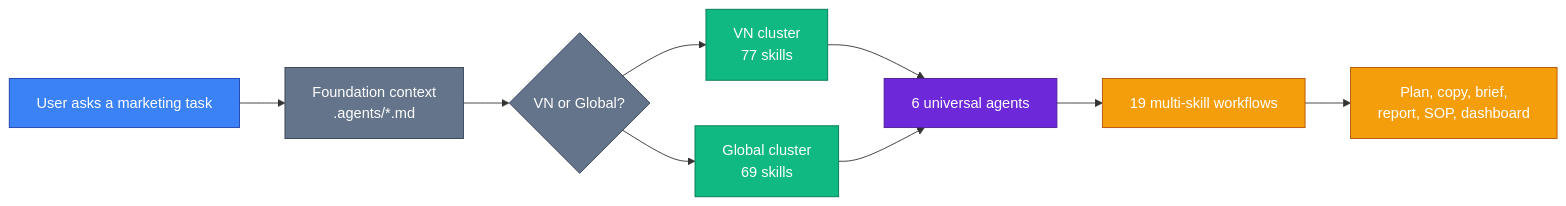
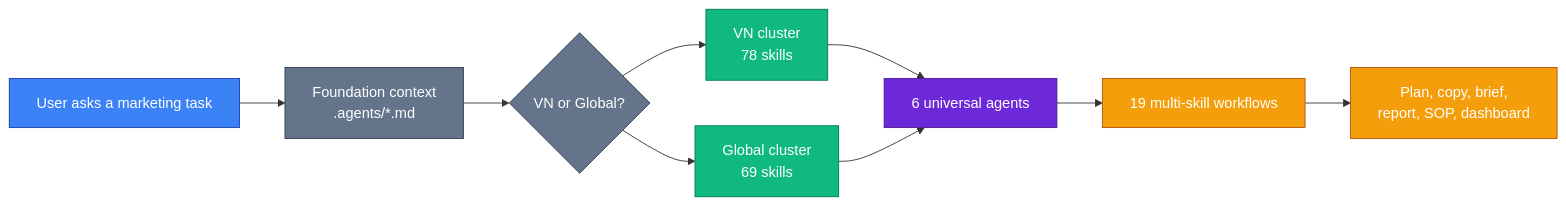
The first of 2 diagrams in README.md (minhnv0807/ai-business-skills), drawn with Mermaid before and after one commit. The commit also changed other lines of this file and 9 other files, not shown here.

Commit message:
chore(registry): register 77-kich-ban-sale-chatbot (marketplace, VERSIONS, README x2, llms, CLAUDE, ROADMAP, CHANGELOG, channel-operator; 146 -> 147 skills)

````diff
--- a/README.md
+++ b/README.md
@@ -40,23 +40,23 @@
 ```mermaid
 flowchart LR
     UserRequest["User asks a marketing task"] --> Context["Foundation context<br/>.agents/*.md"]
     Context --> ModeRouter{"VN or Global?"}
-    ModeRouter --> VN["VN cluster<br/>77 skills"]
+    ModeRouter --> VN["VN cluster<br/>78 skills"]
     ModeRouter --> Global["Global cluster<br/>69 skills"]
     VN --> Agents["6 universal agents"]
     Global --> Agents
     Agents --> Workflows["19 multi-skill workflows"]
     Workflows --> Output["Plan, copy, brief,<br/>report, SOP, dashboard"]
 
     classDef user fill:#3b82f6,stroke:#1e40af,color:#fff
     classDef system fill:#64748b,stroke:#334155,color:#fff
     classDef admin fill:#f59e0b,stroke:#b45309,color:#fff
     classDef cmsdev fill:#6d28d9,stroke:#4c1d95,color:#fff
     classDef db fill:#10b981,stroke:#047857,color:#fff
 
     class UserRequest user
     class Context,ModeRouter system
     class VN,Global db
     class Agents cmsdev
     class Workflows,Output admin
 ```
````
